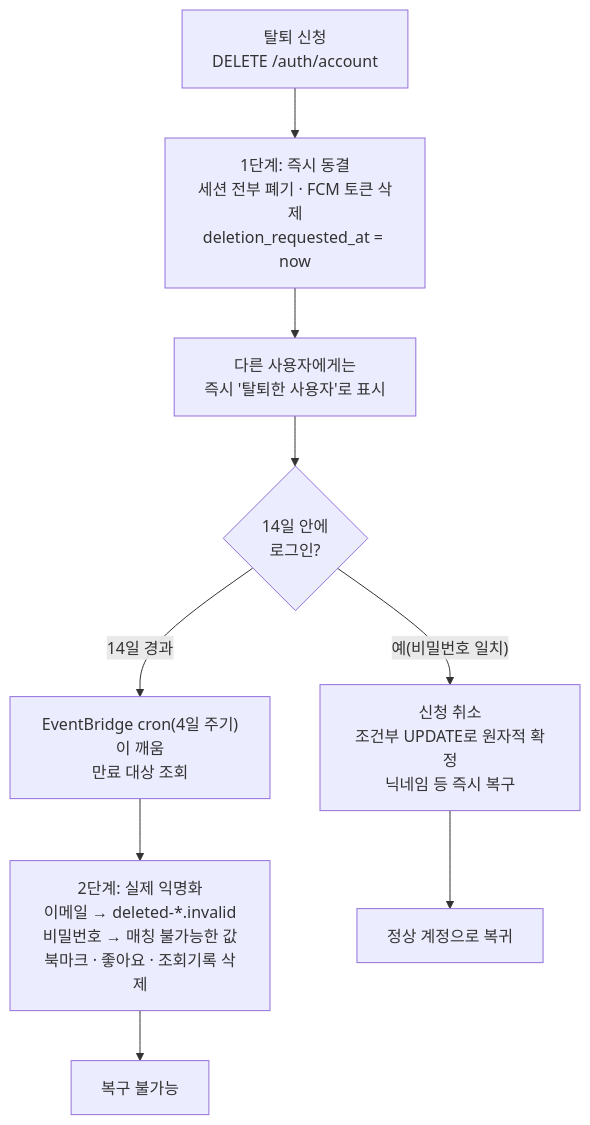
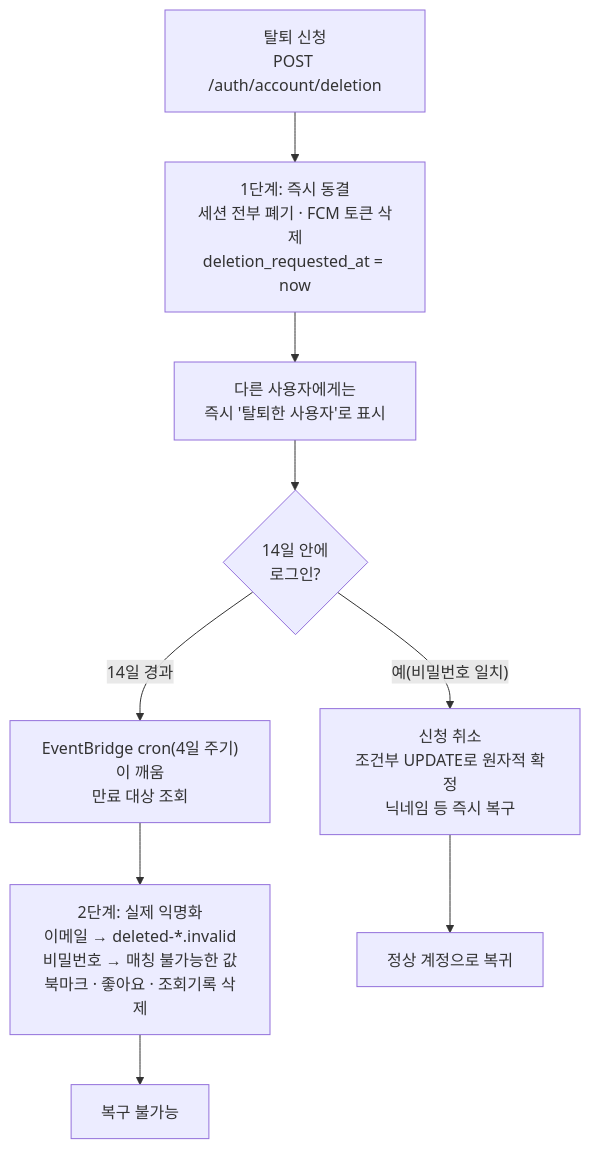
The diagram in docs/ACCOUNT-DELETION.md (BAECHAN/link-sphere_BE_NEW), drawn with Mermaid before and after one commit. The commit also changed 11 other files, not shown here.

First line of the commit message:
fix(auth): 본문 있는 DELETE 두 곳을 POST /…/deletion으로 옮김 (#154)

````diff
--- a/docs/ACCOUNT-DELETION.md
+++ b/docs/ACCOUNT-DELETION.md
@@ -29,11 +29,11 @@
 ```mermaid
 flowchart TD
-    A["탈퇴 신청<br/>DELETE /auth/account"] --> B["1단계: 즉시 동결<br/>세션 전부 폐기 · FCM 토큰 삭제<br/>deletion_requested_at = now"]
+    A["탈퇴 신청<br/>POST /auth/account/deletion"] --> B["1단계: 즉시 동결<br/>세션 전부 폐기 · FCM 토큰 삭제<br/>deletion_requested_at = now"]
     B --> C["다른 사용자에게는<br/>즉시 '탈퇴한 사용자'로 표시"]
     C --> D{"14일 안에<br/>로그인?"}
     D -->|"예(비밀번호 일치)"| E["신청 취소<br/>조건부 UPDATE로 원자적 확정<br/>닉네임 등 즉시 복구"]
     D -->|"14일 경과"| F["EventBridge cron(4일 주기)이 깨움<br/>만료 대상 조회"]
     F --> G["2단계: 실제 익명화<br/>이메일 → deleted-*.invalid<br/>비밀번호 → 매칭 불가능한 값<br/>북마크 · 좋아요 · 조회기록 삭제"]
     E --> H["정상 계정으로 복귀"]
     G --> I["복구 불가능"]
 ```
````
